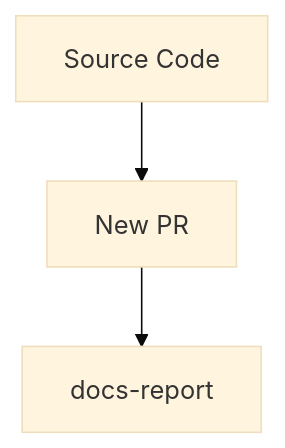
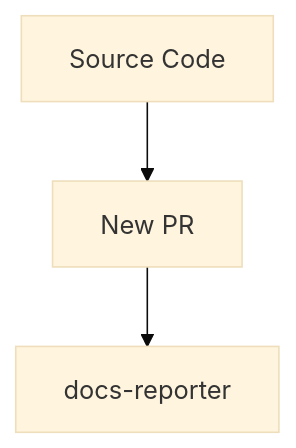
The first of 2 diagrams in README.md (TBD54566975/tbdocs), drawn with Mermaid (base theme) before and after one commit. The commit also changed other lines of this file and 11 other files, not shown here.

````diff
--- a/README.md
+++ b/README.md
@@ -24,5 +24,5 @@
 ```mermaid
 flowchart TD
    A[Source Code] --> PR[New PR]
-  PR --> DR[docs-report]
+  PR --> DR[docs-reporter]
 ```
````
